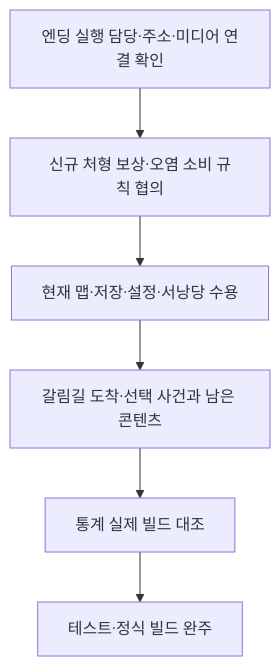
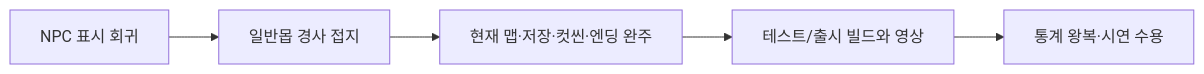
One commit to lkhwcf-arch/Human_Ghost- changed the diagram in Docs/개발자용 설계문서/남은 구현과 검증 작업.md. Above: the diagram before and after it, drawn with Mermaid. The commit also changed other lines of this file and 22 other files, not shown here.

````diff
--- a/Docs/개발자용 설계문서/남은 구현과 검증 작업.md
+++ b/Docs/개발자용 설계문서/남은 구현과 검증 작업.md
@@ -50,8 +13,7 @@
 ```mermaid
-flowchart TD
-    A[엔딩 실행 담당·주소·미디어 연결 확인] --> B[신규 처형 보상·오염 소비 규칙 협의]
-    B --> C[현재 맵·저장·설정·서낭당 수용]
-    C --> D[갈림길 도착·선택 사건과 남은 콘텐츠]
-    D --> E[통계 실제 빌드 대조]
-    E --> F[테스트·정식 빌드 완주]
+flowchart LR
+    A[NPC 표시 회귀] --> B[일반몹 경사 접지]
+    B --> C[현재 맵·저장·컷씬·엔딩 완주]
+    C --> D[테스트/출시 빌드와 영상]
+    D --> E[통계 왕복·시연 수용]
 ```
````
